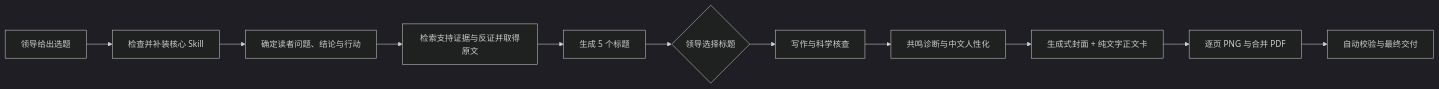
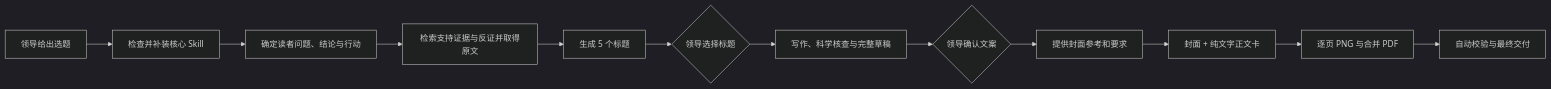
The diagram in README.md (anthonysun95/xhs-science-media-employee), drawn with Mermaid (dark theme) before and after one commit. The commit also changed other lines of this file and 12 other files, not shown here.

````diff
--- a/README.md
+++ b/README.md
@@ -9,13 +9,14 @@
 ```mermaid
 flowchart LR
     A[领导给出选题] --> B[检查并补装核心 Skill]
     B --> C[确定读者问题、结论与行动]
     C --> D[检索支持证据与反证并取得原文]
     D --> E[生成 5 个标题]
     E --> F{领导选择标题}
-    F --> G[写作与科学核查]
-    G --> H[共鸣诊断与中文人性化]
-    H --> I[生成式封面 + 纯文字正文卡]
-    I --> J[逐页 PNG 与合并 PDF]
-    J --> K[自动校验与最终交付]
+    F --> G[写作、科学核查与完整草稿]
+    G --> H{领导确认文案}
+    H --> I[提供封面参考和要求]
+    I --> J[封面 + 纯文字正文卡]
+    J --> K[逐页 PNG 与合并 PDF]
+    K --> L[自动校验与最终交付]
 ```
````
